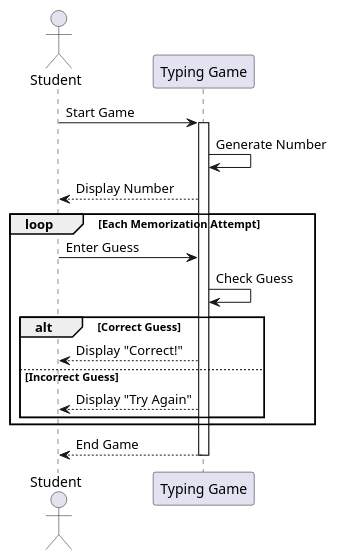
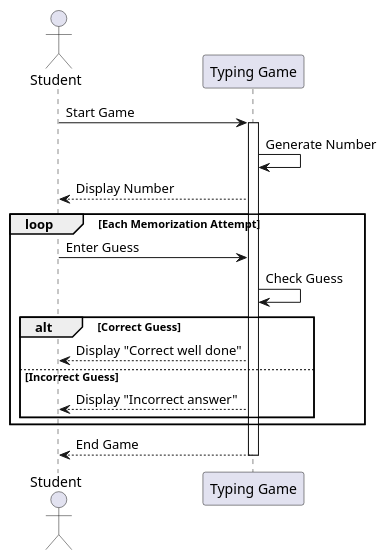
Before and after one commit to Team21Eng1/Diagrams-and-gantt-charts: the diagram in Gantt charts/More diagrams.puml, drawn with PlantUML.

Commit message:
update diagram

```diff
--- a/Gantt charts/More diagrams.puml
+++ b/Gantt charts/More diagrams.puml
@@ -1,25 +1,25 @@
 @startuml
 actor Student
 participant "Typing Game"
 
 Student -> "Typing Game" : Start Game
 activate "Typing Game"
 
 "Typing Game" -> "Typing Game" : Generate Number
 "Typing Game" --> Student : Display Number
 
 loop Each Memorization Attempt
     Student -> "Typing Game" : Enter Guess
     "Typing Game" -> "Typing Game" : Check Guess
 
     alt Correct Guess
-        "Typing Game" --> Student : Display "Correct!"
+        "Typing Game" --> Student : Display "Correct well done"
     else Incorrect Guess
-        "Typing Game" --> Student : Display "Try Again"
+        "Typing Game" --> Student : Display "Incorrect answer"
     end
 end
 
 "Typing Game" --> Student : End Game
 deactivate "Typing Game"
 
 @enduml
```
